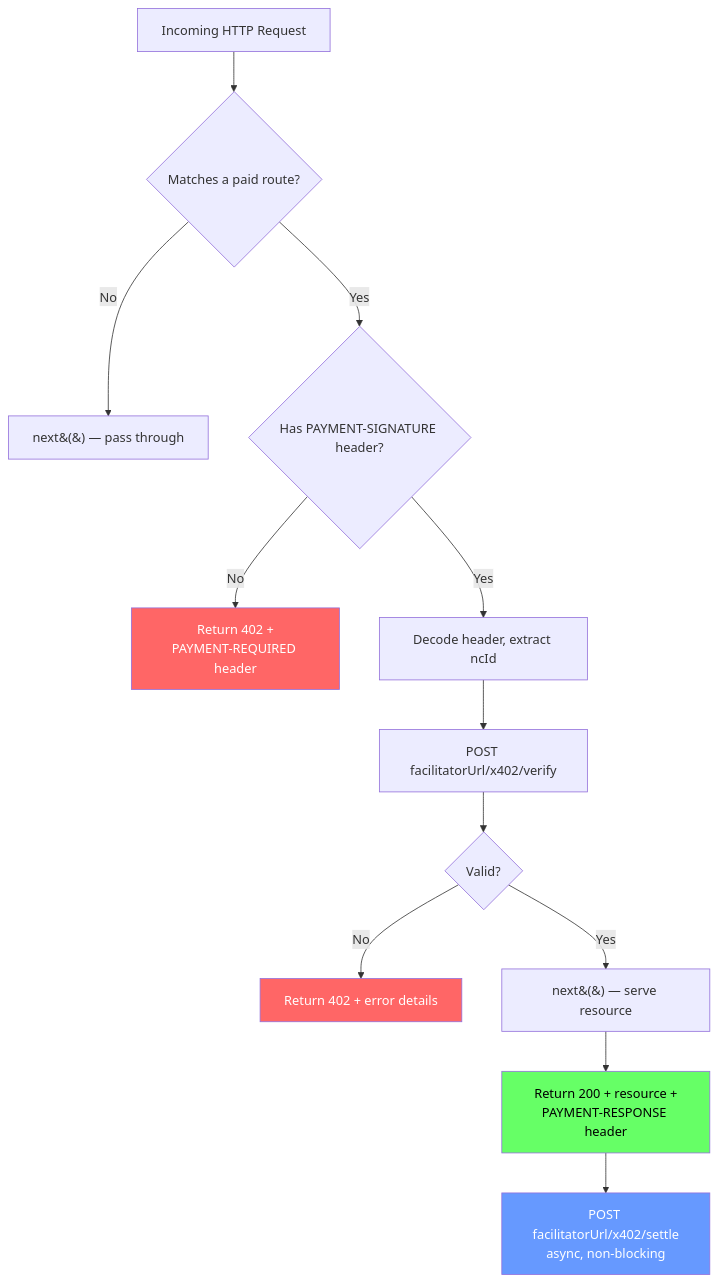
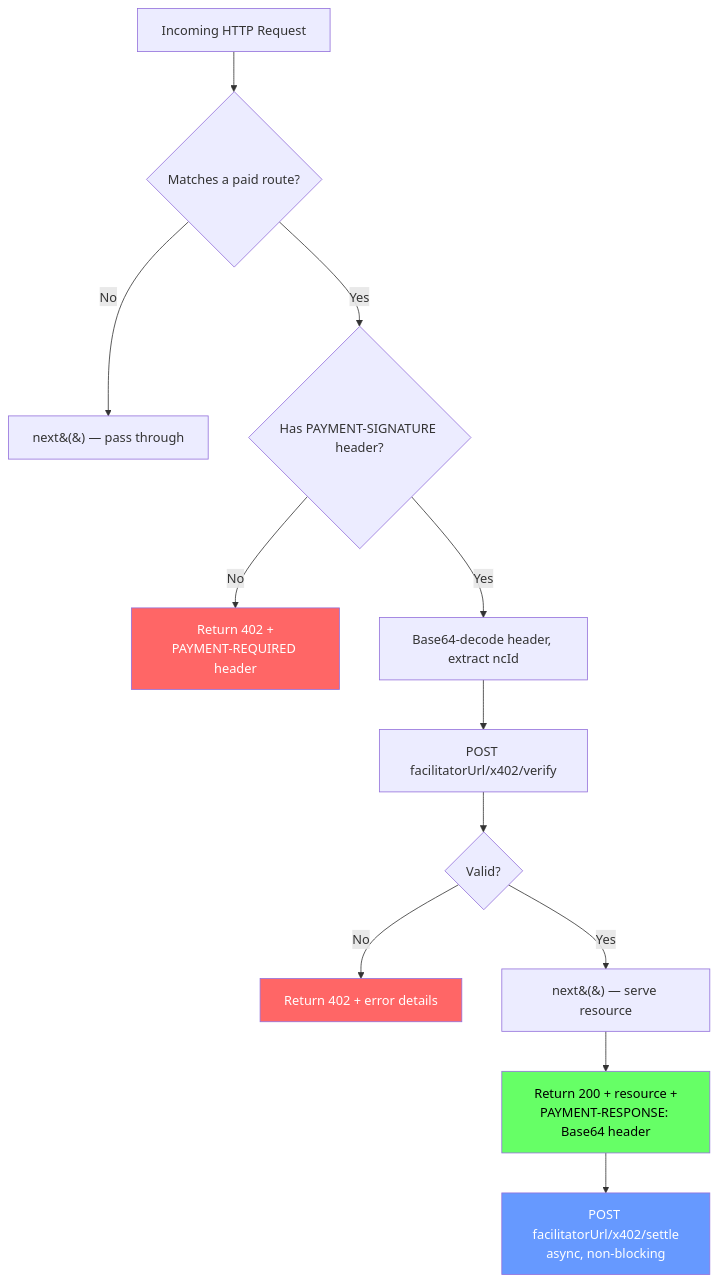
The eighth of 8 diagrams in projects/x402/0001-x402-support.md (HathorNetwork/rfcs), drawn with Mermaid before and after one commit. The commit also changed other lines of this file, not shown here.

````diff
--- a/projects/x402/0001-x402-support.md
+++ b/projects/x402/0001-x402-support.md
@@ -922,23 +948,23 @@
 ```mermaid
 flowchart TD
     A[Incoming HTTP Request] --> B{Matches a paid route?}
     B -->|No| C[next&#40;&#41; — pass through]
     B -->|Yes| D{Has PAYMENT-SIGNATURE header?}
 
     D -->|No| E[Return 402 +<br/>PAYMENT-REQUIRED header]
-    D -->|Yes| F[Decode header, extract ncId]
+    D -->|Yes| F[Base64-decode header, extract ncId]
 
     F --> G[POST facilitatorUrl/x402/verify]
     G --> H{Valid?}
 
     H -->|No| I[Return 402 + error details]
     H -->|Yes| J[next&#40;&#41; — serve resource]
 
-    J --> K[Return 200 + resource +<br/>PAYMENT-RESPONSE header]
+    J --> K[Return 200 + resource +<br/>PAYMENT-RESPONSE: Base64 header]
     K --> L[POST facilitatorUrl/x402/settle<br/>async, non-blocking]
 
     style E fill:#f66,color:#fff
     style I fill:#f66,color:#fff
     style K fill:#6f6,color:#000
     style L fill:#69f,color:#fff
 ```
````
